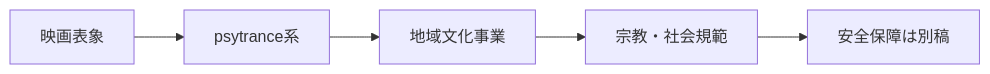
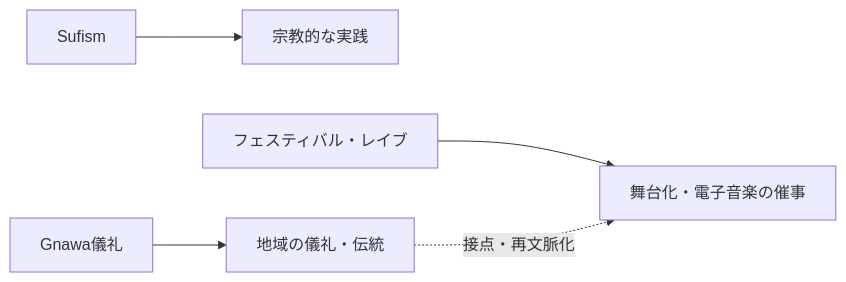
Before and after one commit to daylight55/research: the second of 2 diagrams in articles/report/sahara-desert-raves-morocco-mauritania/ja/index.mdx, drawn with Mermaid. The commit also changed other lines of this file and 181 other files, not shown here.

First line of the commit message:
全記事の図解368点を再生成し、共通注意書きを削除 (#402)

````diff
--- a/articles/report/sahara-desert-raves-morocco-mauritania/ja/index.mdx
+++ b/articles/report/sahara-desert-raves-morocco-mauritania/ja/index.mdx
@@ -34,13 +79,15 @@
 ```mermaid
 flowchart LR
-  Film["映画表象"]
-  Psy["psytrance系"]
-  Culture["地域文化事業"]
-  Religion["宗教・社会規範"]
-  Security["安全保障は別稿"]
-
-  Film --> Psy
-  Psy --> Culture
-  Culture --> Religion
-  Religion --> Security
+  accTitle: 宗教的儀礼と電子音楽を同じ起源にしない
+  accDescr: Sufism、Gnawa儀礼、フェスティバル、レイブには接点があるが、一方から他方が直接生まれたとは限らない。
+  N0["Sufism"]
+  N1["宗教的な実践"]
+  N2["Gnawa儀礼"]
+  N3["地域の儀礼・伝統"]
+  N4["フェスティバル・レイブ"]
+  N5["舞台化・電子音楽の催事"]
+  N0 --> N1
+  N2 --> N3
+  N4 --> N5
+  N3 -.->|接点・再文脈化| N5
 ```
````
